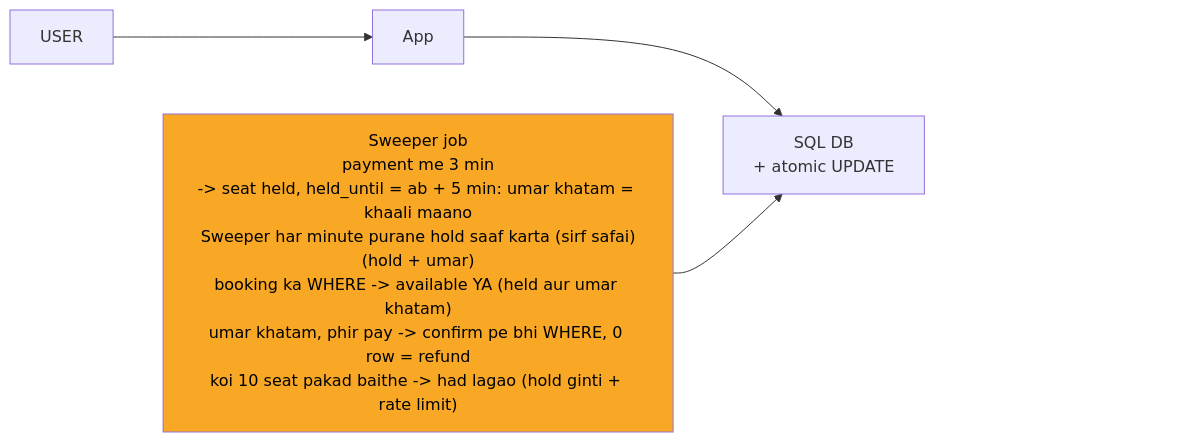
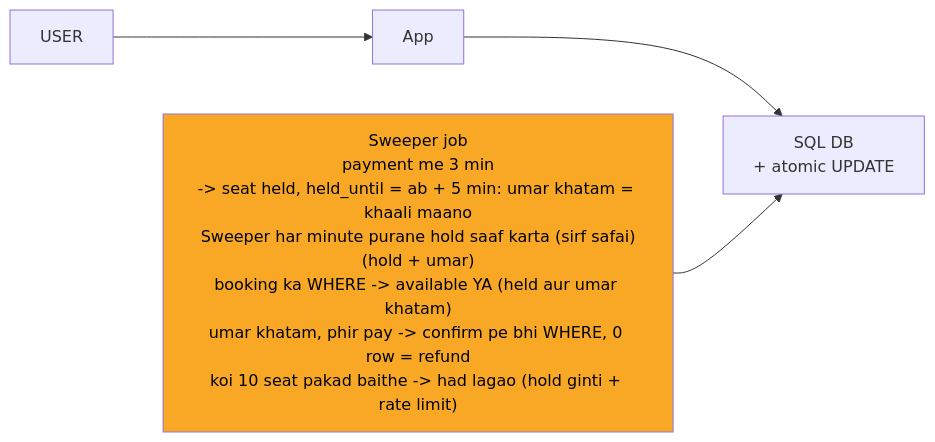
Before and after one commit to ArpanMaheshwari144/Prep: the third of 9 diagrams in 04_HLD/SYSTEM_DESIGNS/09_bookmyshow/09_bookmyshow_INTERVIEW.md, drawn with Mermaid. The commit also changed other lines of this file and 182 other files, not shown here.

Commit message:
hld 14 file: har diagram mermaid-cli se SVG image (source details me), n_pad hataya, render tool 04_HLD/tools

````diff
--- a/04_HLD/SYSTEM_DESIGNS/09_bookmyshow/09_bookmyshow_INTERVIEW.md
+++ b/04_HLD/SYSTEM_DESIGNS/09_bookmyshow/09_bookmyshow_INTERVIEW.md
@@ -135,15 +147,12 @@
 ```mermaid
 %%{init: {"flowchart": {"wrappingWidth": 450}}}%%
 flowchart LR
     n_USER["USER"]
     n_App["App"]
     n_SQL_DB["SQL DB<br/>+ atomic UPDATE"]
     n_Sweeper_job["Sweeper job<br/>payment me 3 min<br/>-> seat held, held_until = ab + 5 min: umar khatam = khaali maano<br/>Sweeper har minute purane hold saaf karta (sirf safai)<br/>(hold + umar)<br/>booking ka WHERE -> available YA (held aur umar khatam)<br/>umar khatam, phir pay -> confirm pe bhi WHERE, 0 row = refund<br/>koi 10 seat pakad baithe -> had lagao (hold ginti + rate limit)"]
     n_USER --> n_App
     n_App --> n_SQL_DB
     n_Sweeper_job --> n_SQL_DB
-    n_pad["xxxxxxxxxxxxxxxx"]
-    n_SQL_DB ~~~ n_pad
     style n_Sweeper_job fill:#f9a825,color:#000
-    style n_pad fill:none,stroke:none,color:#ffffff00
 ```
````
